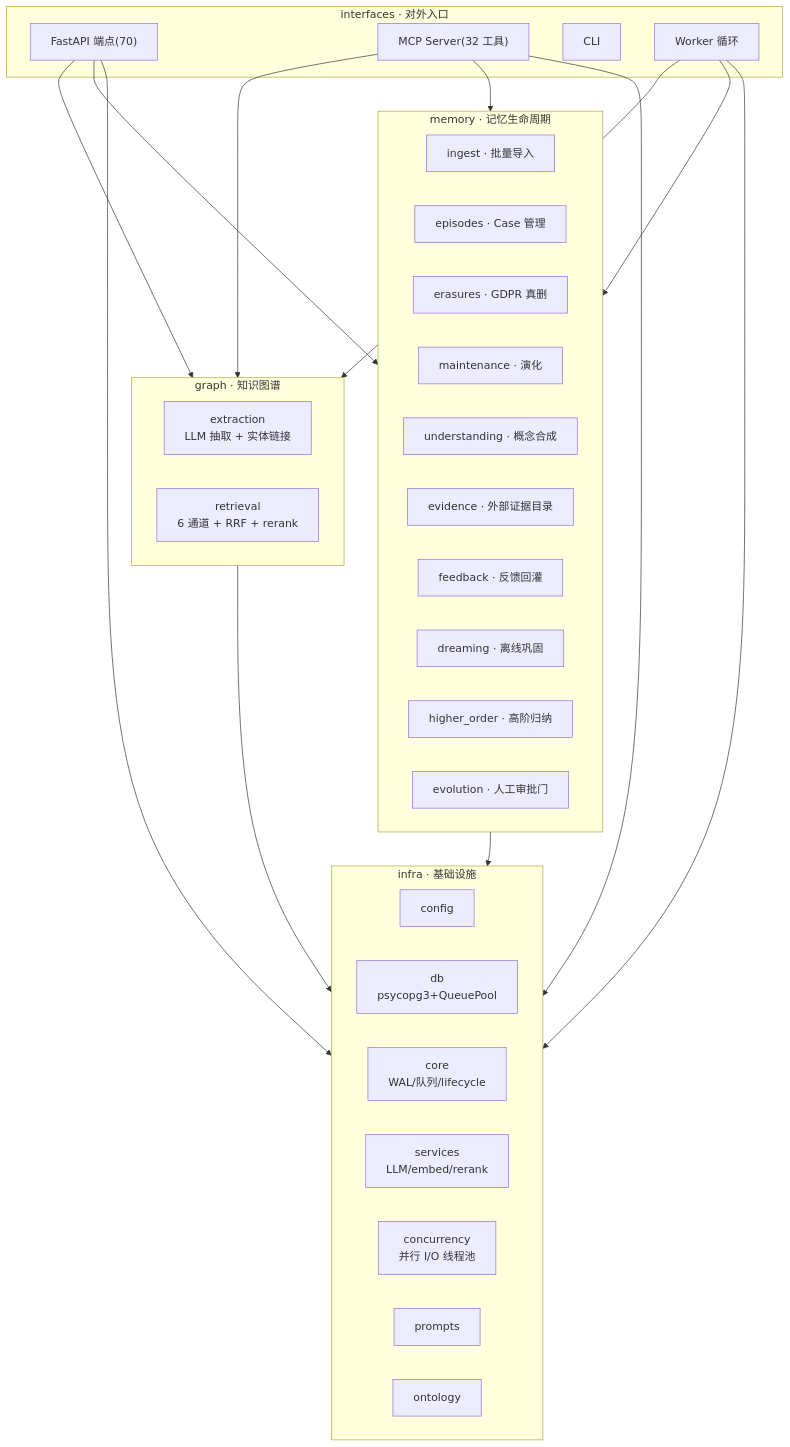
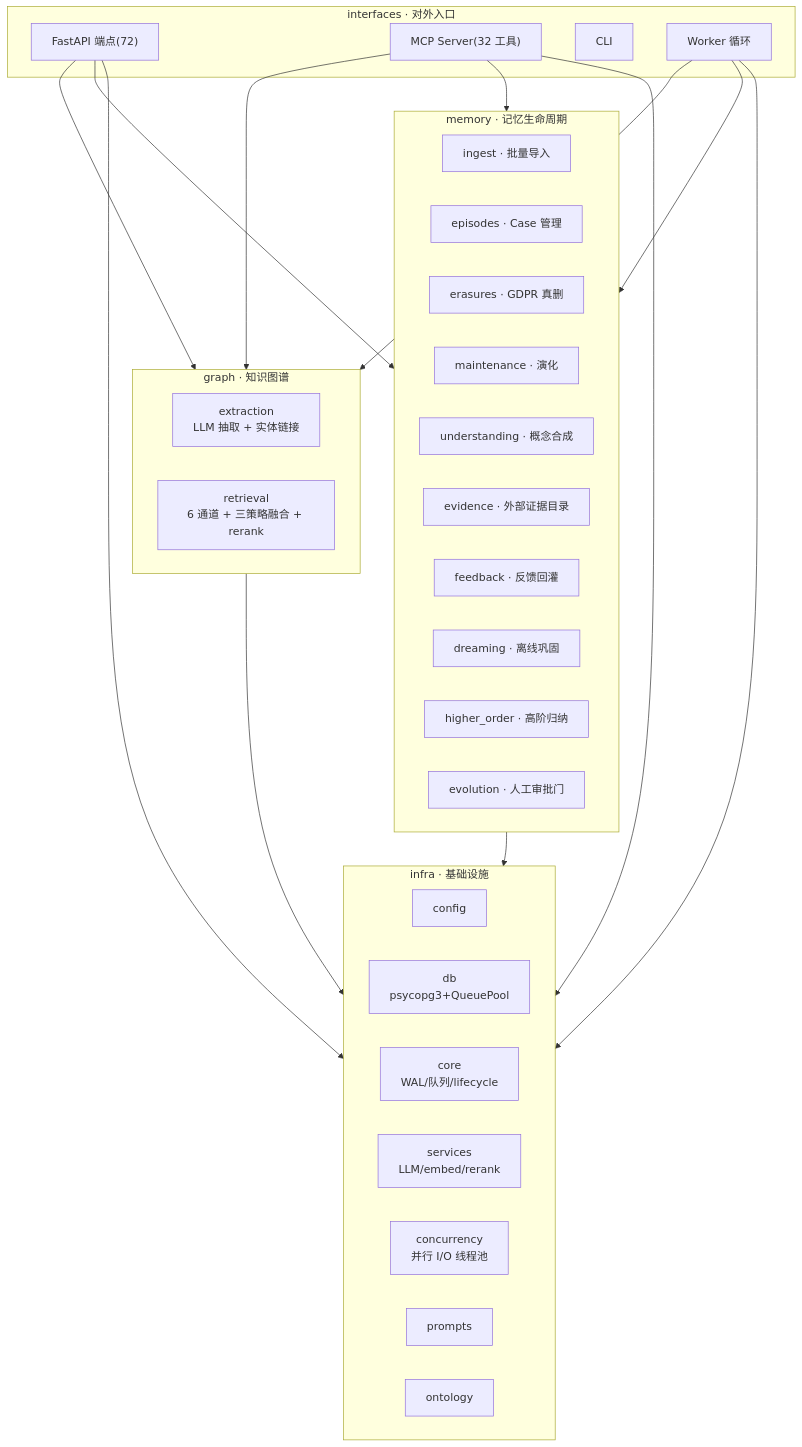
Before and after one commit to pty819/cortex-py-book: the first of 11 diagrams in source/chapters/23-architecture-diagrams.md, drawn with Mermaid. The commit also changed other lines of this file and 9 other files, not shown here.

````diff
--- a/source/chapters/23-architecture-diagrams.md
+++ b/source/chapters/23-architecture-diagrams.md
@@ -29,46 +29,46 @@
 ```{mermaid}
 graph TB
     subgraph interfaces ["interfaces · 对外入口"]
-        API["FastAPI 端点(70)"]
+        API["FastAPI 端点(72)"]
         MCP["MCP Server(32 工具)"]
         CLI["CLI"]
         WK["Worker 循环"]
     end
     subgraph graph_ ["graph · 知识图谱"]
         EXT["extraction<br/>LLM 抽取 + 实体链接"]
-        RET["retrieval<br/>6 通道 + RRF + rerank"]
+        RET["retrieval<br/>6 通道 + 三策略融合 + rerank"]
     end
     subgraph memory ["memory · 记忆生命周期"]
         INGEST["ingest · 批量导入"]
         EPI["episodes · Case 管理"]
         ERASE["erasures · GDPR 真删"]
         MAINT["maintenance · 演化"]
         UNDER["understanding · 概念合成"]
         EVD["evidence · 外部证据目录"]
         FB["feedback · 反馈回灌"]
         DREAM["dreaming · 离线巩固"]
         HO["higher_order · 高阶归纳"]
         EVO["evolution · 人工审批门"]
     end
     subgraph infra ["infra · 基础设施"]
         CFG["config"]
         DB["db<br/>psycopg3+QueuePool"]
         CORE["core<br/>WAL/队列/lifecycle"]
         SVC["services<br/>LLM/embed/rerank"]
         CONC["concurrency<br/>并行 I/O 线程池"]
         PROMPT["prompts"]
         ONTO["ontology"]
     end
 
     API --> graph_
     API --> memory
     API --> infra
     MCP --> graph_
     MCP --> memory
     MCP --> infra
     WK --> graph_
     WK --> memory
     WK --> infra
     graph_ --> infra
     memory --> infra
 ```
````
